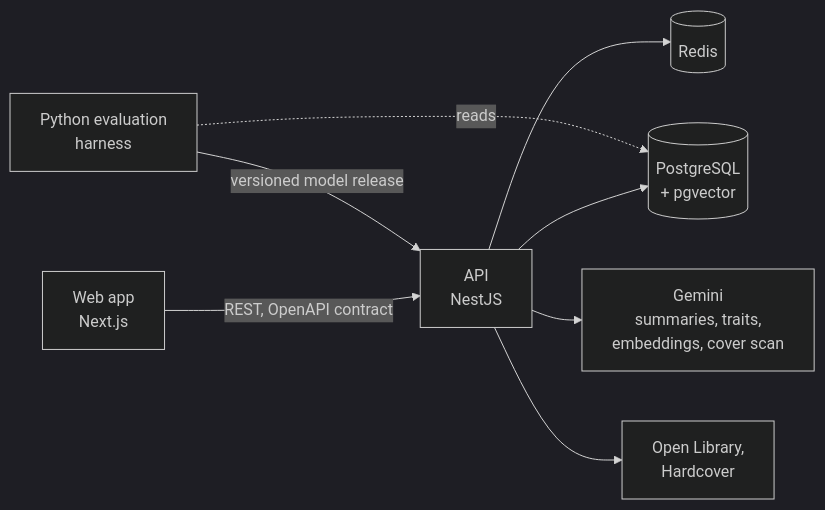
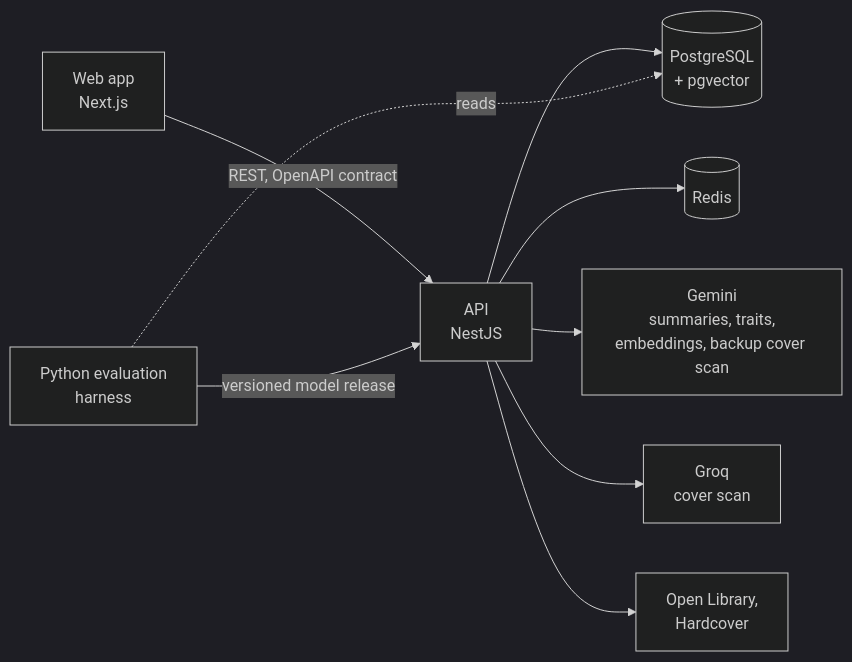
One commit to xExz135/Bookie changed the diagram in README.md. Above: the diagram before and after it, drawn with Mermaid (dark theme). The commit also changed other lines of this file, not shown here.

````diff
--- a/README.md
+++ b/README.md
@@ -26,10 +26,11 @@
 ```mermaid
 flowchart LR
   Web["Web app<br/>Next.js"] -->|REST, OpenAPI contract| API["API<br/>NestJS"]
   API --> PG[("PostgreSQL<br/>+ pgvector")]
   API --> Redis[("Redis")]
-  API --> Gemini["Gemini<br/>summaries, traits,<br/>embeddings, cover scan"]
+  API --> Gemini["Gemini<br/>summaries, traits,<br/>embeddings, backup cover scan"]
+  API --> Groq["Groq<br/>cover scan"]
   API --> Sources["Open Library,<br/>Hardcover"]
   Harness["Python evaluation<br/>harness"] -->|versioned model release| API
   Harness -. reads .-> PG
 ```
````
